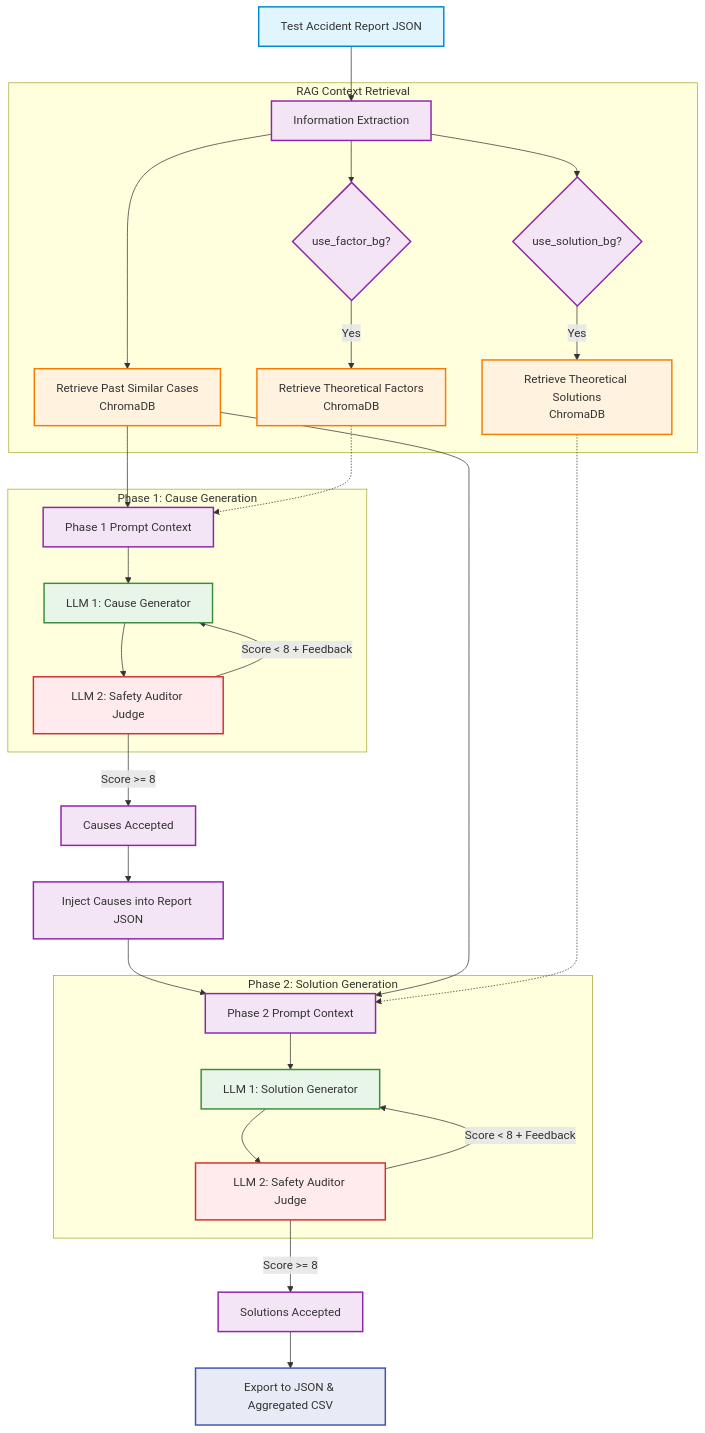
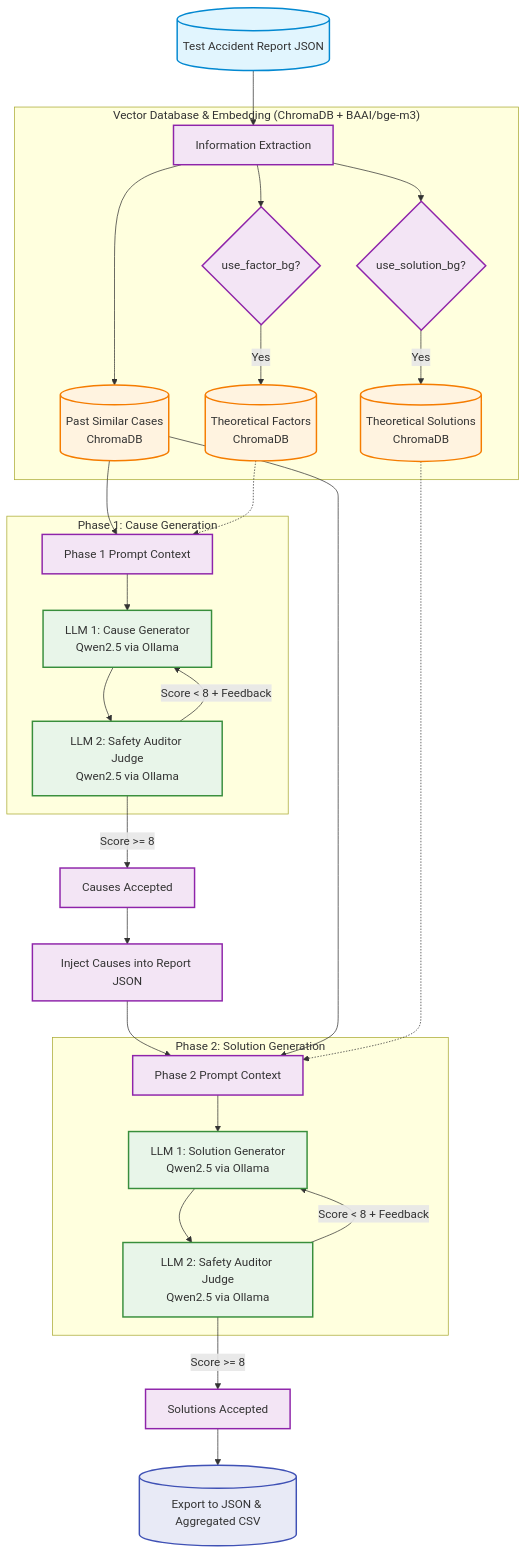
One commit to 098ff/acci-RAG-indiv changed the first of 2 diagrams in README.md. Above: the diagram before and after it, drawn with Mermaid.

Commit message:
fix: update the flowchart to be moew explain on System Architecture

````diff
--- a/README.md
+++ b/README.md
@@ -10,48 +10,47 @@
 ```mermaid
 graph TD
     %% Define styles
     classDef input fill:#e1f5fe,stroke:#0288d1,stroke-width:2px;
     classDef process fill:#f3e5f5,stroke:#8e24aa,stroke-width:2px;
-    classDef rag fill:#fff3e0,stroke:#f57c00,stroke-width:2px;
-    classDef agent1 fill:#e8f5e9,stroke:#388e3c,stroke-width:2px;
-    classDef agent2 fill:#ffebee,stroke:#d32f2f,stroke-width:2px;
+    classDef db fill:#fff3e0,stroke:#f57c00,stroke-width:2px;
+    classDef model fill:#e8f5e9,stroke:#388e3c,stroke-width:2px;
     classDef output fill:#e8eaf6,stroke:#3f51b5,stroke-width:2px;
 
-    A[Test Accident Report JSON]:::input --> B[Information Extraction]:::process
+    A[(Test Accident Report JSON)]:::input --> B[Information Extraction]:::process
     
-    subgraph RAG Context Retrieval
-        B --> C[Retrieve Past Similar Cases<br>ChromaDB]:::rag
+    subgraph rag ["Vector Database & Embedding (ChromaDB + BAAI/bge-m3)"]
+        B --> C[(Past Similar Cases<br>ChromaDB)]:::db
         B --> D{use_factor_bg?}:::process
-        D -- Yes --> E[Retrieve Theoretical Factors<br>ChromaDB]:::rag
+        D -- Yes --> E[(Theoretical Factors<br>ChromaDB)]:::db
         
         B --> F{use_solution_bg?}:::process
-        F -- Yes --> G[Retrieve Theoretical Solutions<br>ChromaDB]:::rag
+        F -- Yes --> G[(Theoretical Solutions<br>ChromaDB)]:::db
     end
     
     C --> H[Phase 1 Prompt Context]:::process
     E -.-> H
     
     subgraph Phase 1: Cause Generation
-        H --> I[LLM 1: Cause Generator]:::agent1
-        I --> J[LLM 2: Safety Auditor Judge]:::agent2
+        H --> I[LLM 1: Cause Generator<br>Qwen2.5 via Ollama]:::model
+        I --> J[LLM 2: Safety Auditor Judge<br>Qwen2.5 via Ollama]:::model
         J -- Score < 8 + Feedback --> I
     end
     
     J -- Score >= 8 --> K[Causes Accepted]:::process
     
     K --> L[Inject Causes into Report JSON]:::process
     
     L --> M[Phase 2 Prompt Context]:::process
     C --> M
     G -.-> M
     
     subgraph Phase 2: Solution Generation
-        M --> N[LLM 1: Solution Generator]:::agent1
-        N --> O[LLM 2: Safety Auditor Judge]:::agent2
+        M --> N[LLM 1: Solution Generator<br>Qwen2.5 via Ollama]:::model
+        N --> O[LLM 2: Safety Auditor Judge<br>Qwen2.5 via Ollama]:::model
         O -- Score < 8 + Feedback --> N
     end
     
     O -- Score >= 8 --> P[Solutions Accepted]:::process
     
-    P --> Q[Export to JSON & Aggregated CSV]:::output
+    P --> Q[(Export to JSON & Aggregated CSV)]:::output
 ```
````
